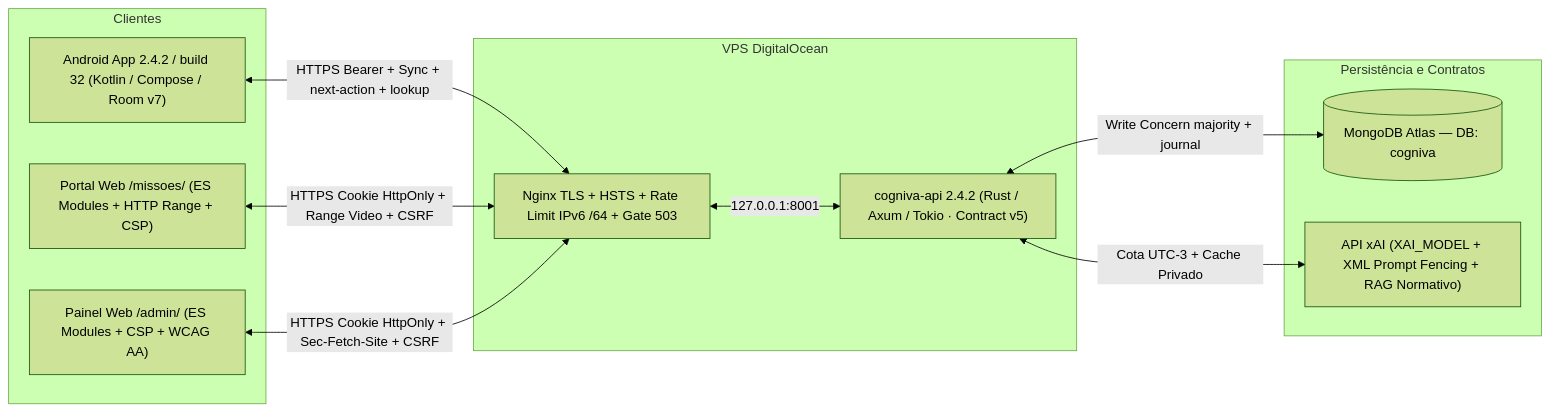
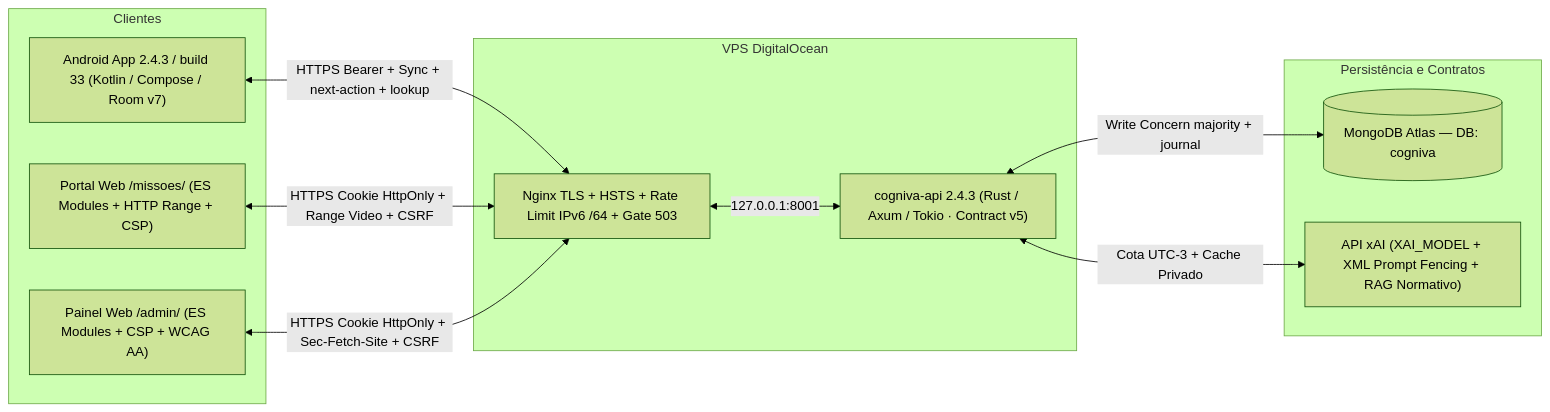
One commit to danielcdes-create/cogniva changed the diagram in docs/ARQUITETURA.md. Above: the diagram before and after it, drawn with Mermaid (forest theme). The commit also changed other lines of this file and 24 other files, not shown here.

Commit message:
feat(release): Cogniva 2.4.3 (build 33) - revisao do fluxo pos-resposta sem duplicidade editorial e higiene dos 3 sinais

````diff
--- a/docs/ARQUITETURA.md
+++ b/docs/ARQUITETURA.md
@@ -9,25 +9,25 @@
 ```mermaid
 flowchart LR
   subgraph Clientes
-    AND["Android App 2.4.2 / build 32 (Kotlin / Compose / Room v7)"]
+    AND["Android App 2.4.3 / build 33 (Kotlin / Compose / Room v7)"]
     MIS["Portal Web /missoes/ (ES Modules + HTTP Range + CSP)"]
     ADM["Painel Web /admin/ (ES Modules + CSP + WCAG AA)"]
   end
 
   subgraph Servidor["VPS DigitalOcean"]
     NGX["Nginx TLS + HSTS + Rate Limit IPv6 /64 + Gate 503"]
-    API["cogniva-api 2.4.2 (Rust / Axum / Tokio · Contract v5)"]
+    API["cogniva-api 2.4.3 (Rust / Axum / Tokio · Contract v5)"]
   end
 
   subgraph Dados["Persistência e Contratos"]
     MDB[("MongoDB Atlas — DB: cogniva")]
     XAI["API xAI (XAI_MODEL + XML Prompt Fencing + RAG Normativo)"]
   end
 
   AND <-->|"HTTPS Bearer + Sync + next-action + lookup"| NGX
   MIS <-->|"HTTPS Cookie HttpOnly + Range Video + CSRF"| NGX
   ADM <-->|"HTTPS Cookie HttpOnly + Sec-Fetch-Site + CSRF"| NGX
   NGX <-->|"127.0.0.1:8001"| API
   API <-->|"Write Concern majority + journal"| MDB
   API <-->|"Cota UTC-3 + Cache Privado"| XAI
 ```
````
